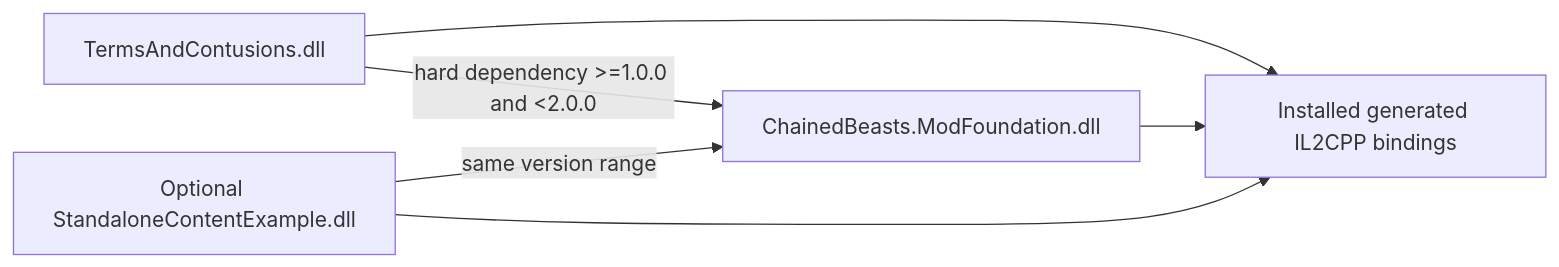
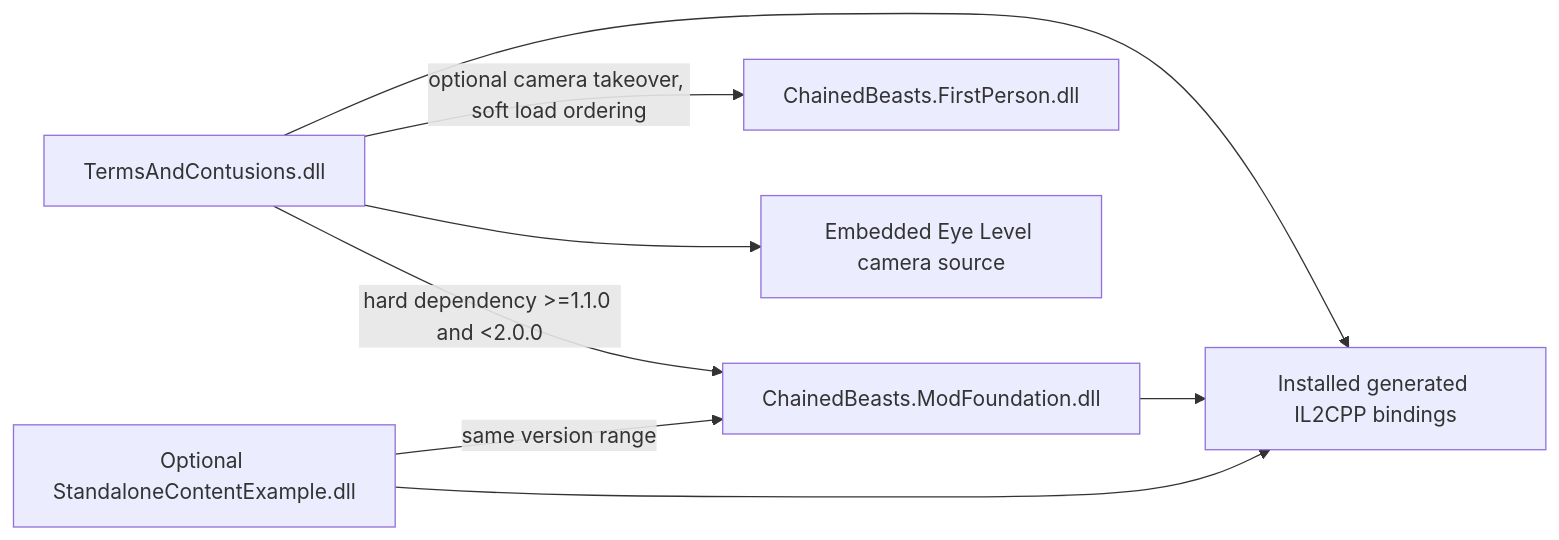
Before and after one commit to Krrrrrrk/chained-beasts-mod-foundation: the diagram in docs/foundation/ARCHITECTURE.md, drawn with Mermaid. The commit also changed 34 other files, not shown here.

````diff
--- a/docs/foundation/ARCHITECTURE.md
+++ b/docs/foundation/ARCHITECTURE.md
@@ -5,8 +5,10 @@
 ```mermaid
 flowchart LR
-    Pack[TermsAndContusions.dll] -->|hard dependency >=1.0.0 and <2.0.0| Foundation[ChainedBeasts.ModFoundation.dll]
+    Pack[TermsAndContusions.dll] -->|hard dependency >=1.1.0 and <2.0.0| Foundation[ChainedBeasts.ModFoundation.dll]
+    Pack -->|optional camera takeover, soft load ordering| FPS[ChainedBeasts.FirstPerson.dll]
+    Pack --> Embedded[Embedded Eye Level camera source]
     Example[Optional StandaloneContentExample.dll] -->|same version range| Foundation
     Pack --> Game[Installed generated IL2CPP bindings]
     Foundation --> Game
     Example --> Game
 ```
````
